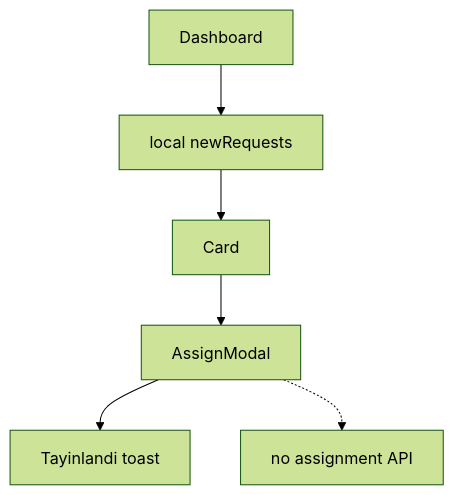
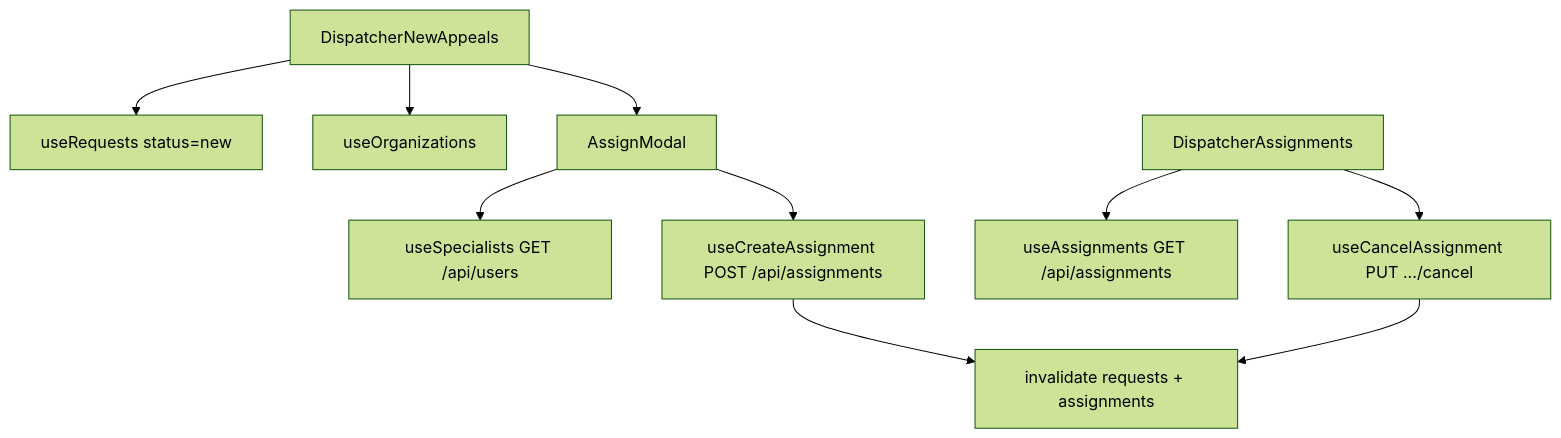
The diagram in src/pages/dispatcher-dashboard/README.md (Qurbonsaid/murojaat24), drawn with Mermaid (forest theme) before and after one commit. The commit also changed other lines of this file and 23 other files, not shown here.

First line of the commit message:
feat(dispatcher): API-backed appeals assignment and assignments list

````diff
--- a/src/pages/dispatcher-dashboard/README.md
+++ b/src/pages/dispatcher-dashboard/README.md
@@ -22,7 +23,12 @@
 ```mermaid
 flowchart TD
-  Dashboard --> MockNew["local newRequests"]
-  MockNew --> Card --> Modal["AssignModal"]
-  Modal --> Toast["Tayinlandi toast"]
-  Modal -.-> API["no assignment API"]
+  Appeals["DispatcherNewAppeals"] --> Req["useRequests status=new"]
+  Appeals --> Org["useOrganizations"]
+  Appeals --> Modal["AssignModal"]
+  Modal --> Users["useSpecialists GET /api/users"]
+  Modal --> Post["useCreateAssignment POST /api/assignments"]
+  Assignments["DispatcherAssignments"] --> List["useAssignments GET /api/assignments"]
+  Assignments --> Cancel["useCancelAssignment PUT .../cancel"]
+  Post --> Invalidate["invalidate requests + assignments"]
+  Cancel --> Invalidate
 ```
````
